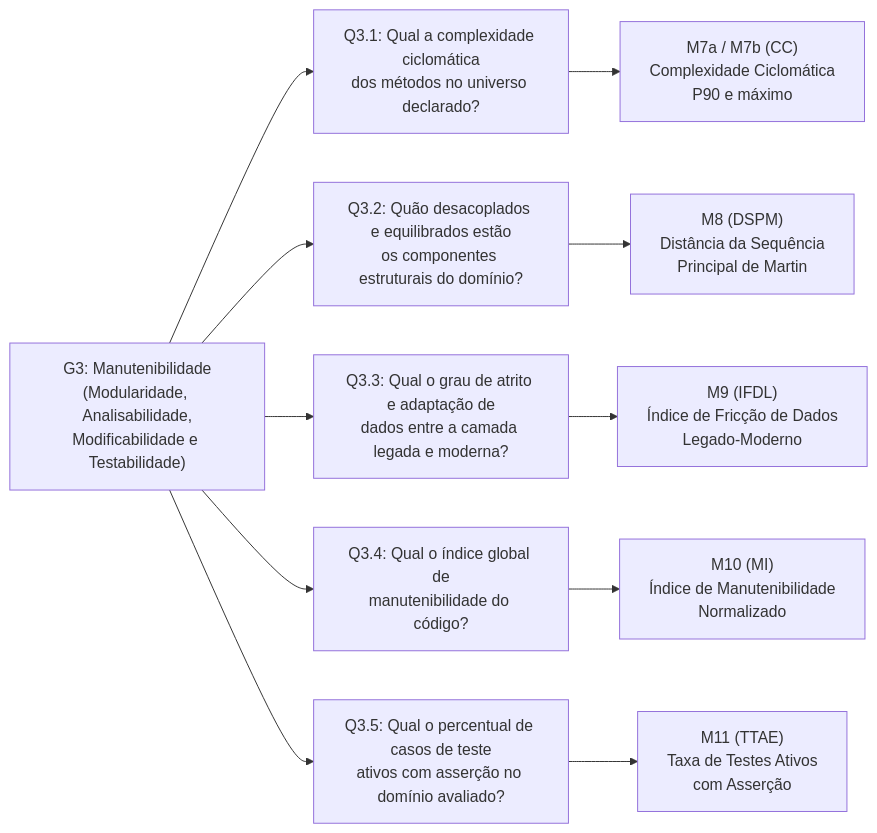
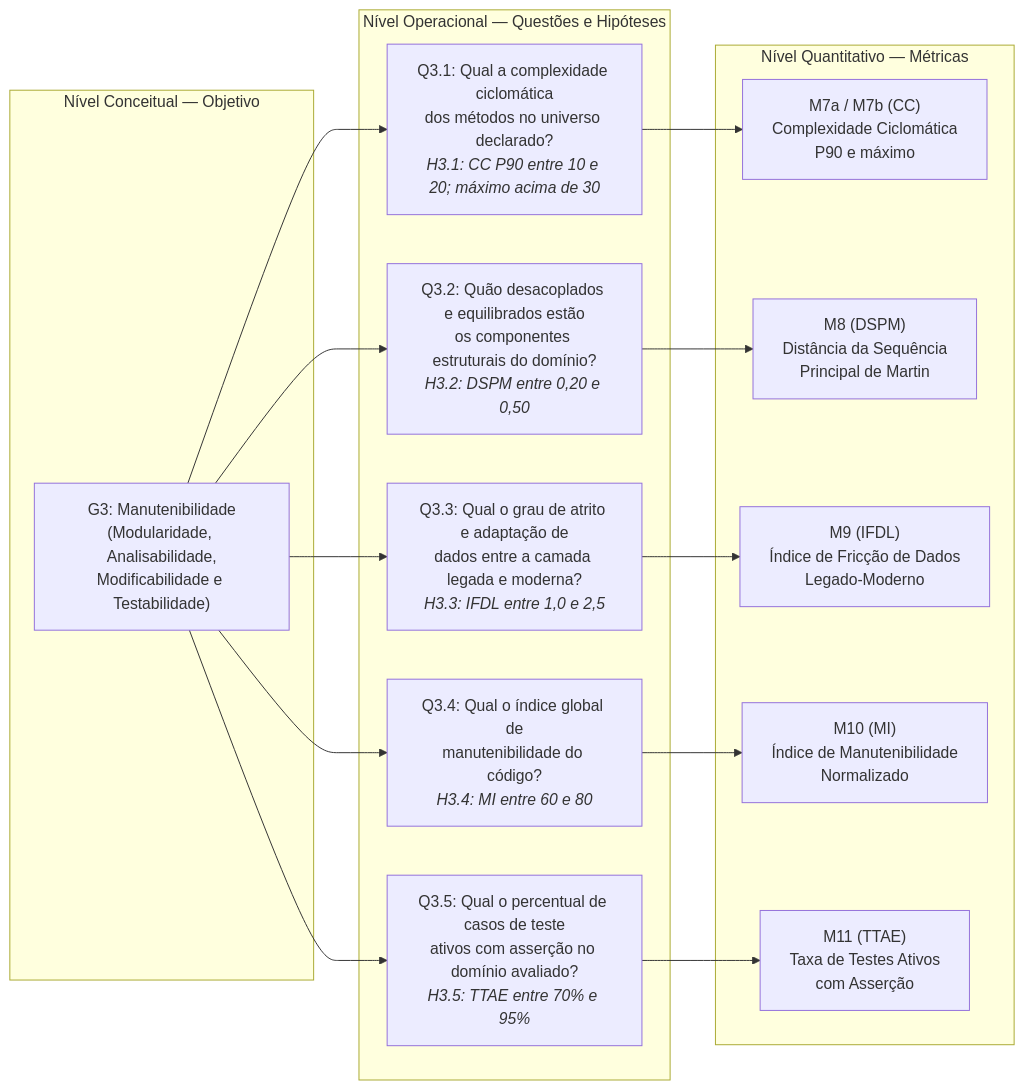
The fourth of 6 diagrams in docs/gqm_evaluation_framework.md (FCTE-Qualidade-de-Software-1/2026-2_T02_GRACE_HOPPER), drawn with Mermaid before and after one commit. The commit also changed other lines of this file, not shown here.

First line of the commit message:
docs(gqm): adiciona hipóteses e diagramas em três níveis para G2 e G3 #6

````diff
--- a/docs/gqm_evaluation_framework.md
+++ b/docs/gqm_evaluation_framework.md
@@ -204,22 +210,28 @@
 ```mermaid
 flowchart LR
-    G3["G3: Manutenibilidade<br/>(Modularidade, Analisabilidade,<br/>Modificabilidade e Testabilidade)"]
+    subgraph NC3["Nível Conceitual — Objetivo"]
+        G3["G3: Manutenibilidade<br/>(Modularidade, Analisabilidade,<br/>Modificabilidade e Testabilidade)"]
+    end
 
-    Q31["Q3.1: Qual a complexidade ciclomática<br/>dos métodos no universo declarado?"]
-    Q32["Q3.2: Quão desacoplados e equilibrados estão<br/>os componentes estruturais do domínio?"]
-    Q33["Q3.3: Qual o grau de atrito e adaptação de<br/>dados entre a camada legada e moderna?"]
-    Q34["Q3.4: Qual o índice global de<br/>manutenibilidade do código?"]
-    Q35["Q3.5: Qual o percentual de casos de teste<br/>ativos com asserção no domínio avaliado?"]
+    subgraph NO3["Nível Operacional — Questões e Hipóteses"]
+        Q31["Q3.1: Qual a complexidade ciclomática<br/>dos métodos no universo declarado?<br/><i>H3.1: CC P90 entre 10 e 20; máximo acima de 30</i>"]
+        Q32["Q3.2: Quão desacoplados e equilibrados estão<br/>os componentes estruturais do domínio?<br/><i>H3.2: DSPM entre 0,20 e 0,50</i>"]
+        Q33["Q3.3: Qual o grau de atrito e adaptação de<br/>dados entre a camada legada e moderna?<br/><i>H3.3: IFDL entre 1,0 e 2,5</i>"]
+        Q34["Q3.4: Qual o índice global de<br/>manutenibilidade do código?<br/><i>H3.4: MI entre 60 e 80</i>"]
+        Q35["Q3.5: Qual o percentual de casos de teste<br/>ativos com asserção no domínio avaliado?<br/><i>H3.5: TTAE entre 70% e 95%</i>"]
+    end
 
-    M7a_M7b["M7a / M7b (CC)<br/>Complexidade Ciclomática<br/>P90 e máximo"]
-    M8["M8 (DSPM)<br/>Distância da Sequência<br/>Principal de Martin"]
-    M9["M9 (IFDL)<br/>Índice de Fricção de Dados<br/>Legado-Moderno"]
-    M10["M10 (MI)<br/>Índice de Manutenibilidade<br/>Normalizado"]
-    M11["M11 (TTAE)<br/>Taxa de Testes Ativos<br/>com Asserção"]
+    subgraph NQ3["Nível Quantitativo — Métricas"]
+        M7a_M7b["M7a / M7b (CC)<br/>Complexidade Ciclomática<br/>P90 e máximo"]
+        M8["M8 (DSPM)<br/>Distância da Sequência<br/>Principal de Martin"]
+        M9["M9 (IFDL)<br/>Índice de Fricção de Dados<br/>Legado-Moderno"]
+        M10["M10 (MI)<br/>Índice de Manutenibilidade<br/>Normalizado"]
+        M11["M11 (TTAE)<br/>Taxa de Testes Ativos<br/>com Asserção"]
+    end
 
     G3 --> Q31 --> M7a_M7b
     G3 --> Q32 --> M8
     G3 --> Q33 --> M9
     G3 --> Q34 --> M10
     G3 --> Q35 --> M11
 ```
````
